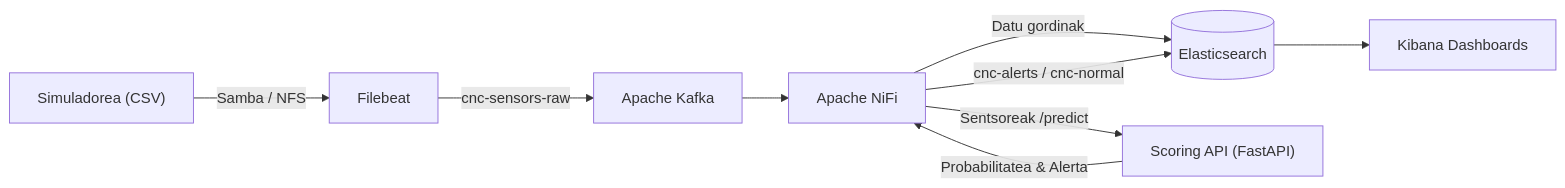
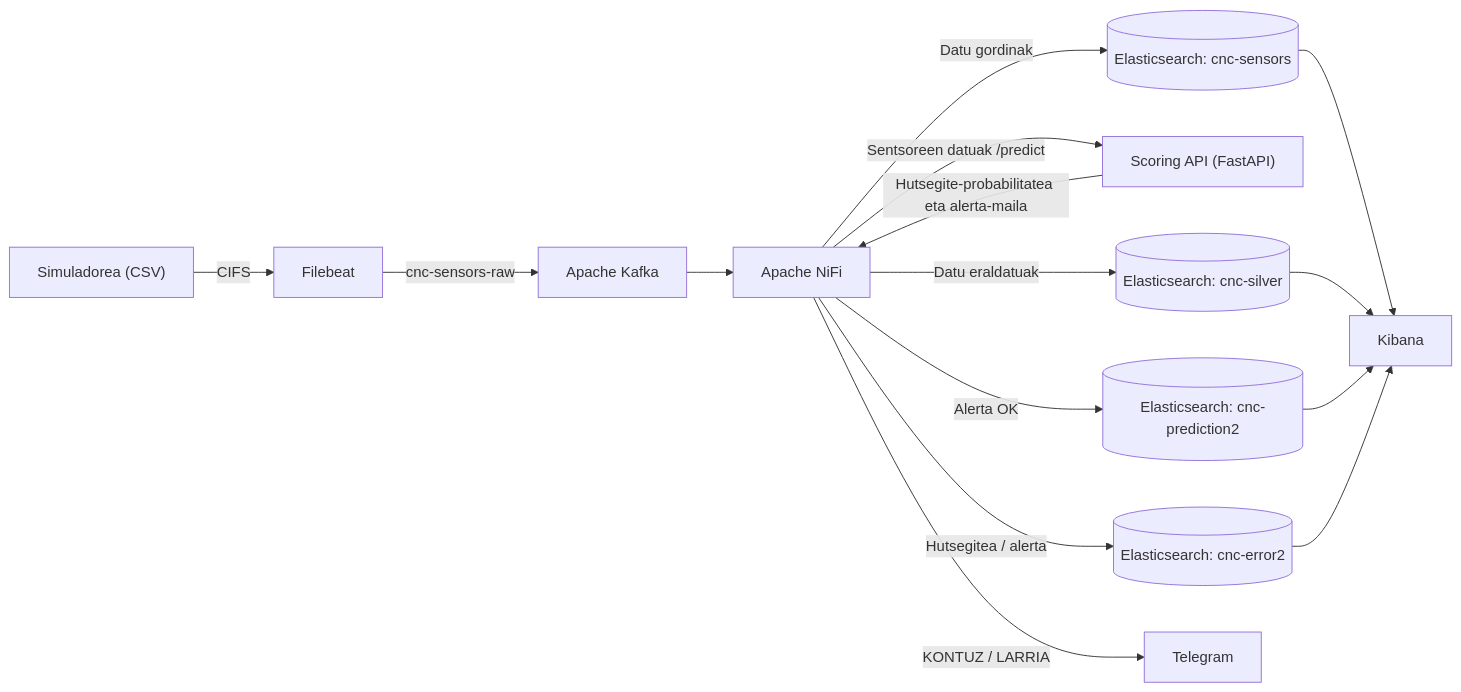
Before and after one commit to AABD-Ethazi-2627/T3-erronka1: the diagram in docs/CNC_Guard.md, drawn with Mermaid. The commit also changed other lines of this file, not shown here.

````diff
--- a/docs/CNC_Guard.md
+++ b/docs/CNC_Guard.md
@@ -65,11 +115,20 @@
 ```mermaid
 flowchart LR
-    A["Simuladorea (CSV)"] -->|Samba / NFS| B["Filebeat"]
+     A["Simuladorea (CSV)"] -->|CIFS| B["Filebeat"]
     B -->|cnc-sensors-raw| C["Apache Kafka"]
     C --> D["Apache NiFi"]
-    D -->|Datu gordinak| E[("Elasticsearch")]
-    D -->|Sentsoreak /predict| F["Scoring API (FastAPI)"]
-    F -->|Probabilitatea & Alerta| D
-    D -->|cnc-alerts / cnc-normal| E
-    E --> G["Kibana Dashboards"]
+
+    D -->|Datu gordinak| E[("Elasticsearch: cnc-sensors")]
+    D -->|Sentsoreen datuak /predict| F["Scoring API (FastAPI)"]
+    F -->|Hutsegite-probabilitatea eta alerta-maila| D
+
+    D -->|Datu eraldatuak| G[("Elasticsearch: cnc-silver")]
+    D -->|Alerta OK| H[("Elasticsearch: cnc-prediction2")]
+    D -->|Hutsegitea / alerta| I[("Elasticsearch: cnc-error2")]
+
+    D -->|KONTUZ / LARRIA| J["Telegram"]
+    E --> K["Kibana"]
+    G --> K
+    H --> K
+    I --> K
 ```
````
